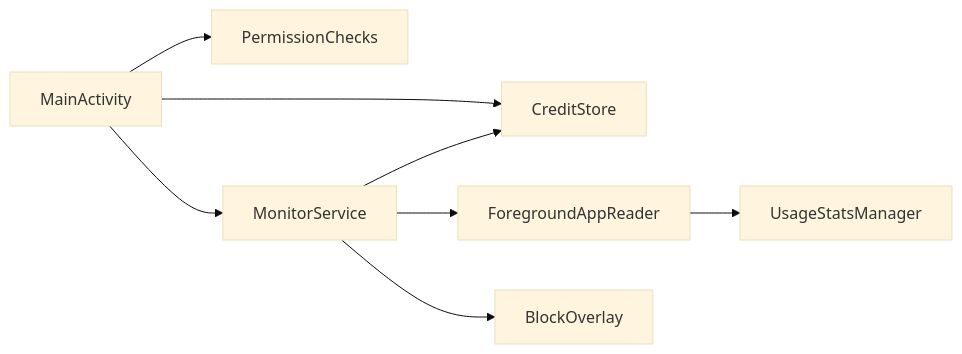
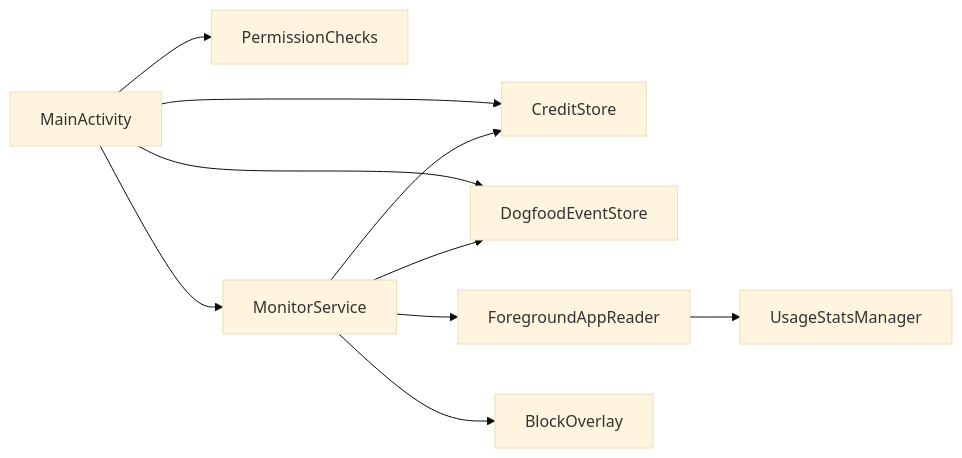
Before and after one commit to pigpgw/commit-to-unlock: the first of 3 diagrams in docs/app-design.md, drawn with Mermaid (base theme). The commit also changed other lines of this file and 7 other files, not shown here.

````diff
--- a/docs/app-design.md
+++ b/docs/app-design.md
@@ -69,10 +69,12 @@
 ```mermaid
 flowchart LR
   A["MainActivity"] --> B["CreditStore"]
   A --> C["PermissionChecks"]
   A --> D["MonitorService"]
+  A --> H["DogfoodEventStore"]
   D --> E["ForegroundAppReader"]
   D --> B
   D --> F["BlockOverlay"]
+  D --> H
   E --> G["UsageStatsManager"]
 ```
````
